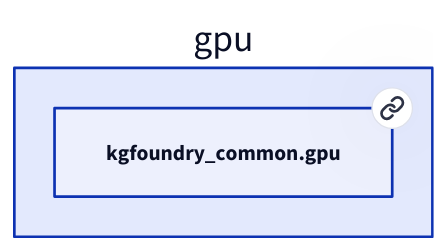
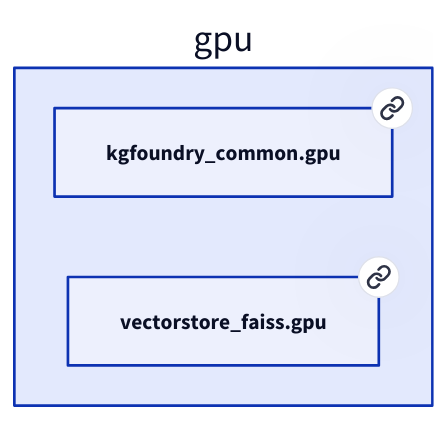
One commit to paul-heyse/kgforge changed the diagram in tools/mkdocs_suite/site-mkdocs-suite/diagrams/gpu.d2. Above: the diagram before and after it, drawn with D2. The commit also changed 72 other files, not shown here.

```diff
--- a/tools/mkdocs_suite/site-mkdocs-suite/diagrams/gpu.d2
+++ b/tools/mkdocs_suite/site-mkdocs-suite/diagrams/gpu.d2
@@ -1,4 +1,5 @@
 direction: right
 gpu: "gpu" {
   "kgfoundry_common.gpu": "kgfoundry_common.gpu" { link: "../modules/kgfoundry_common.gpu.md" }
+  "vectorstore_faiss.gpu": "vectorstore_faiss.gpu" { link: "../modules/vectorstore_faiss.gpu.md" }
 }
```
